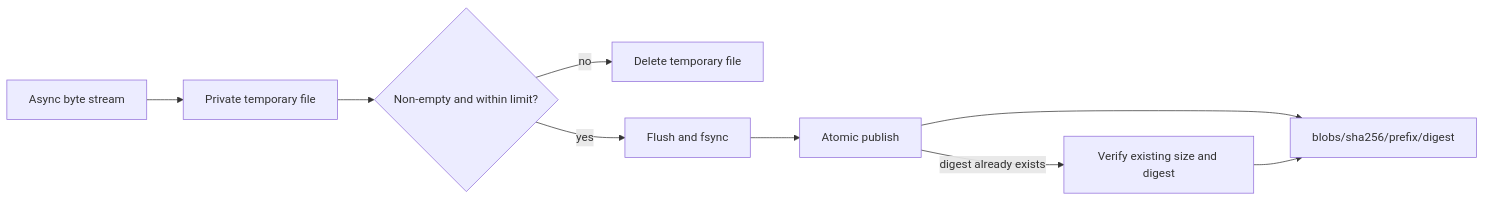
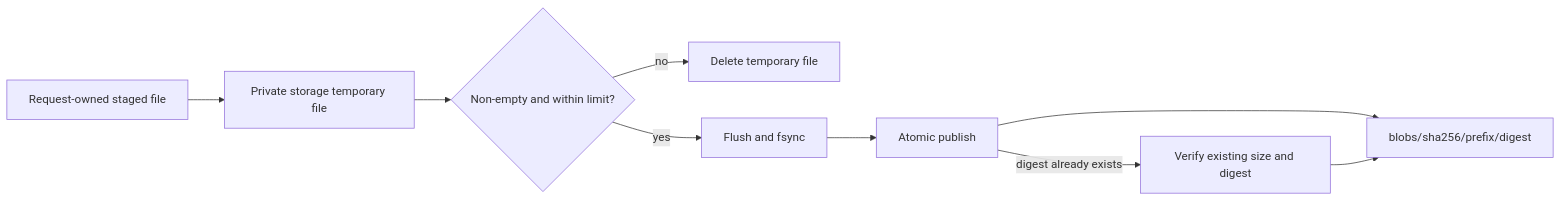
Before and after one commit to PietroRussoD/ai-document-processing-platform: the fifth of 8 diagrams in docs/architecture.md, drawn with Mermaid. The commit also changed other lines of this file and 9 other files, not shown here.

````diff
--- a/docs/architecture.md
+++ b/docs/architecture.md
@@ -124,11 +125,11 @@
 ```mermaid
 flowchart LR
-    Stream[Async byte stream] --> Temporary[Private temporary file]
+    Stream[Request-owned staged file] --> Temporary[Private storage temporary file]
     Temporary --> Check{Non-empty and within limit?}
     Check -->|no| Cleanup[Delete temporary file]
     Check -->|yes| Sync[Flush and fsync]
     Sync --> Publish[Atomic publish]
     Publish --> Blob[blobs/sha256/prefix/digest]
     Publish -->|digest already exists| Verify[Verify existing size and digest]
     Verify --> Blob
 ```
````
